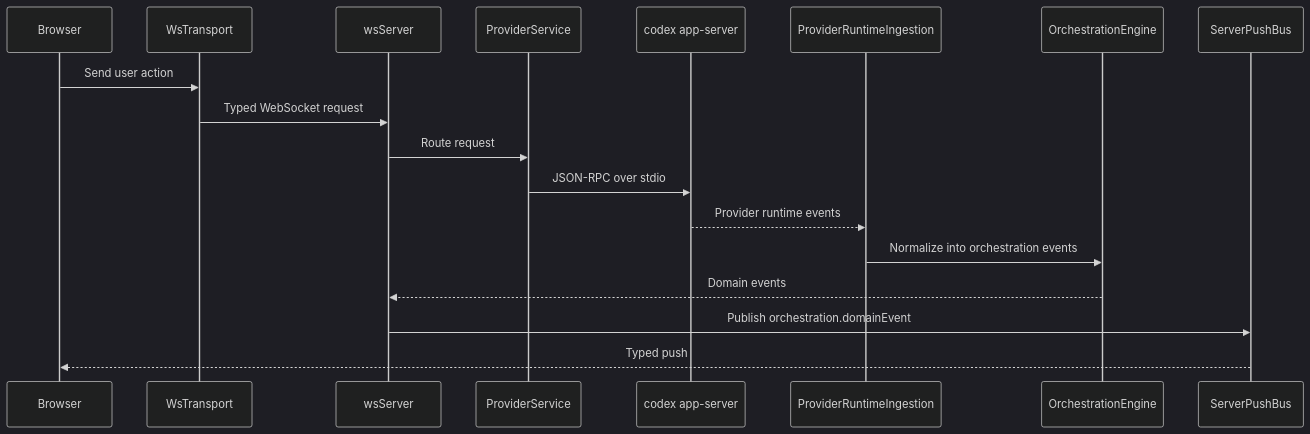
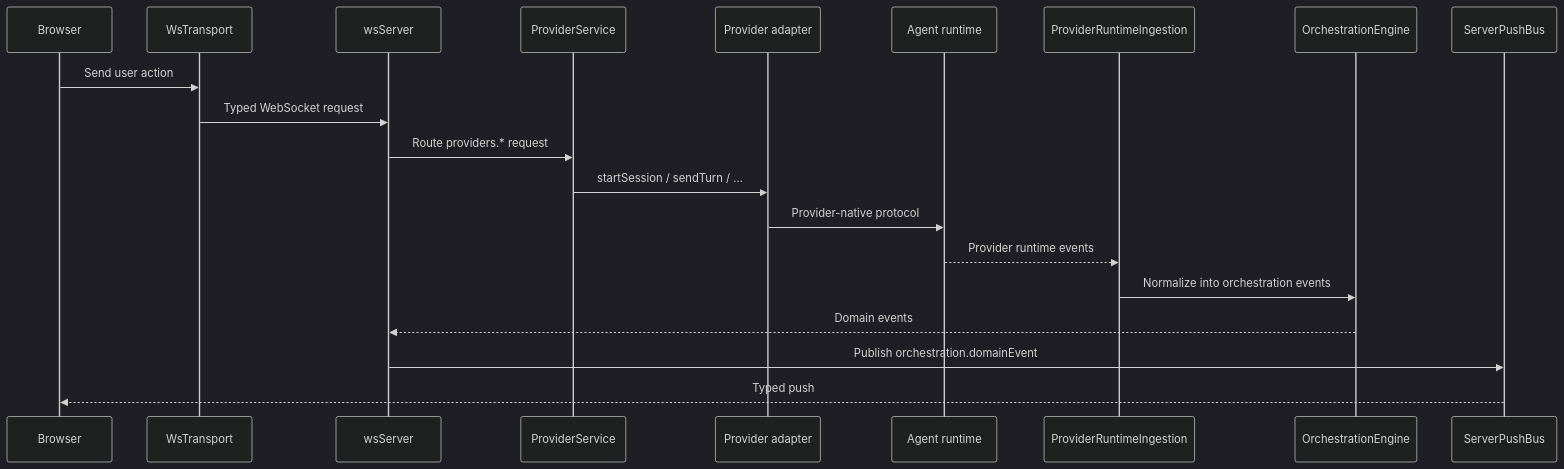
Before and after one commit to gannonh/katacode: the second of 3 diagrams in docs/architecture/overview.md, drawn with Mermaid (dark theme). The commit also changed other lines of this file and 3 other files, not shown here.

First line of the commit message:
docs(architecture): align overview with multi-provider stack

````diff
--- a/docs/architecture/overview.md
+++ b/docs/architecture/overview.md
@@ -79,21 +80,23 @@
 ```mermaid
 sequenceDiagram
     participant Browser
     participant Transport as WsTransport
     participant Server as wsServer
     participant Provider as ProviderService
-    participant Codex as codex app-server
+    participant Adapter as Provider adapter
+    participant Runtime as Agent runtime
     participant Ingest as ProviderRuntimeIngestion
     participant Engine as OrchestrationEngine
     participant Push as ServerPushBus
 
     Browser->>Transport: Send user action
     Transport->>Server: Typed WebSocket request
-    Server->>Provider: Route request
-    Provider->>Codex: JSON-RPC over stdio
-    Codex-->>Ingest: Provider runtime events
+    Server->>Provider: Route providers.* request
+    Provider->>Adapter: startSession / sendTurn / …
+    Adapter->>Runtime: Provider-native protocol
+    Runtime-->>Ingest: Provider runtime events
     Ingest->>Engine: Normalize into orchestration events
     Engine-->>Server: Domain events
     Server->>Push: Publish orchestration.domainEvent
     Push-->>Browser: Typed push
 ```
````
